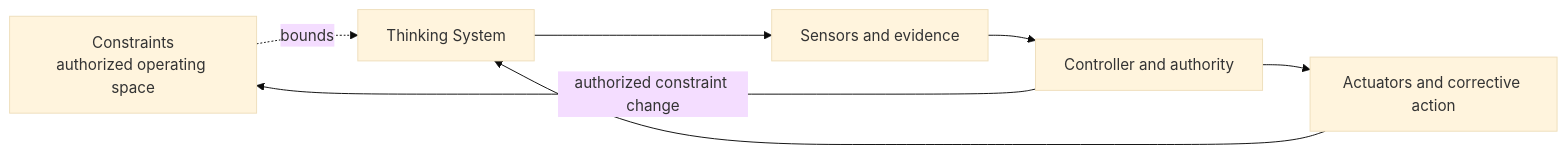
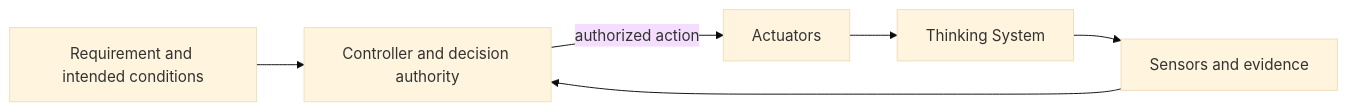
The third of 4 diagrams in 00-doctrine/nested-control-lifecycle.md (UncertaintyArchitectureGroup/uncertainty-architecture), drawn with Mermaid (base theme) before and after one commit. The commit also changed other lines of this file, not shown here.

Commit message:
docs: align Nested Control Lifecycle with corrected constraint model

````diff
--- a/00-doctrine/nested-control-lifecycle.md
+++ b/00-doctrine/nested-control-lifecycle.md
@@ -237,12 +246,13 @@
 ```mermaid
 flowchart LR
-    K[Constraints<br/>authorized operating space]
+    REF[Requirement and intended conditions]
     P[Thinking System]
     S[Sensors and evidence]
-    C[Controller and authority]
-    A[Actuators and corrective action]
+    C[Controller and decision authority]
+    A[Actuators]
 
-    K -. bounds .-> P
-    P --> S --> C --> A --> P
-    C -->|authorized constraint change| K
+    REF --> C
+    P --> S --> C
+    C -->|authorized action| A
+    A --> P
 ```
````
